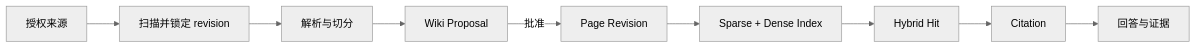
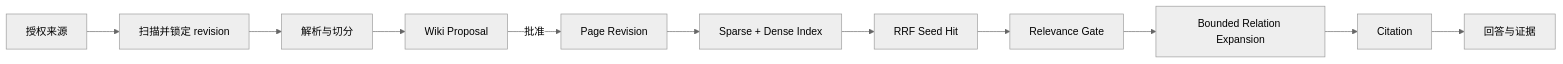
One commit to ZeroMadLife/sage-agent changed the diagram in release/v1.0.0/learning/09-knowledge-rag-retrieval.md. Above: the diagram before and after it, drawn with Mermaid (neutral theme). The commit also changed other lines of this file and 1 other file, not shown here.

````diff
--- a/release/v1.0.0/learning/09-knowledge-rag-retrieval.md
+++ b/release/v1.0.0/learning/09-knowledge-rag-retrieval.md
@@ -11,11 +11,13 @@
 ```mermaid
 flowchart LR
     S[授权来源] --> F[扫描并锁定 revision]
     F --> P[解析与切分]
     P --> Q[Wiki Proposal]
     Q -->|批准| R[Page Revision]
     R --> I[Sparse + Dense Index]
-    I --> H[Hybrid Hit]
-    H --> C[Citation]
+    I --> H[RRF Seed Hit]
+    H --> G[Relevance Gate]
+    G --> X[Bounded Relation Expansion]
+    X --> C[Citation]
     C --> A[回答与证据]
 ```
````
